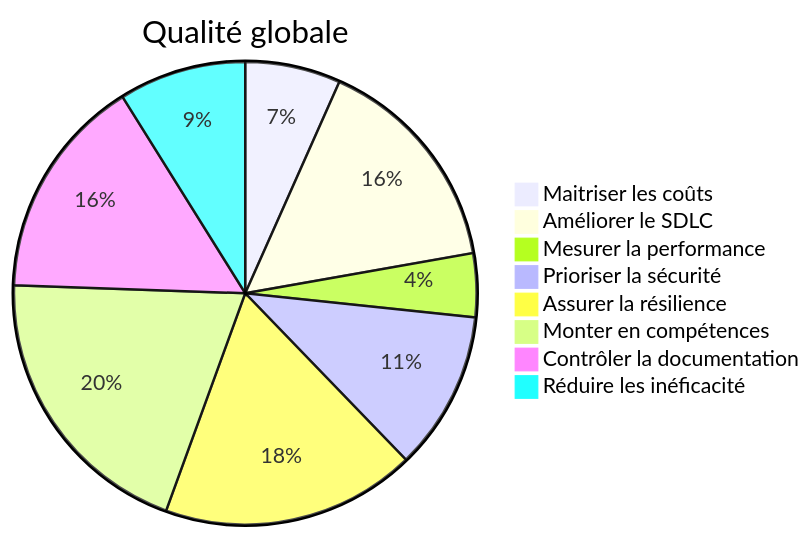
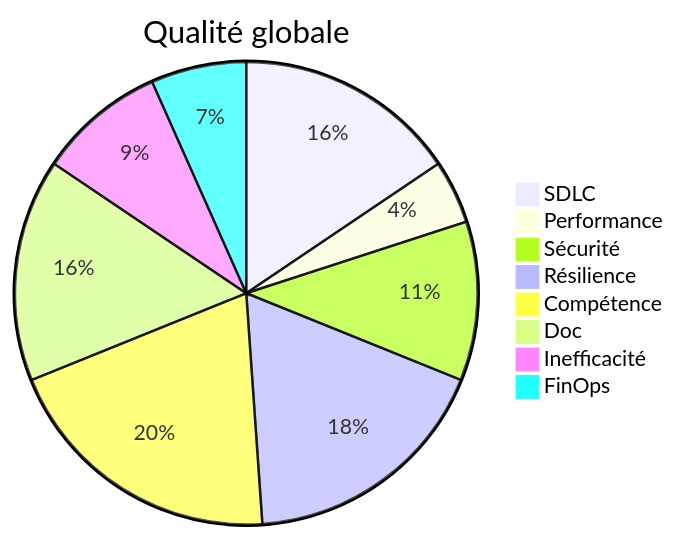
One commit to lsartm/slidev-theme-artm changed the sixth of 6 diagrams in slides.md. Above: the diagram before and after it, drawn with Mermaid. The commit also changed other lines of this file and 1 other file, not shown here.

````diff
--- a/slides.md
+++ b/slides.md
@@ -357,11 +367,11 @@
 ```mermaid
 pie title Qualité globale
-    "Maitriser les coûts" : 3
-    "Améliorer le SDLC" : 7
-    "Mesurer la performance" : 2
-    "Prioriser la sécurité" : 5
-    "Assurer la résilience" : 8
-    "Monter en compétences" : 9
-    "Contrôler la documentation" : 7
-    "Réduire les inéficacité": 4
+    "SDLC" : 7
+    "Performance" : 2
+    "Sécurité" : 5
+    "Résilience" : 8
+    "Compétence" : 9
+    "Doc" : 7
+    "Inefficacité" : 4
+    "FinOps" : 3
 ```
````
